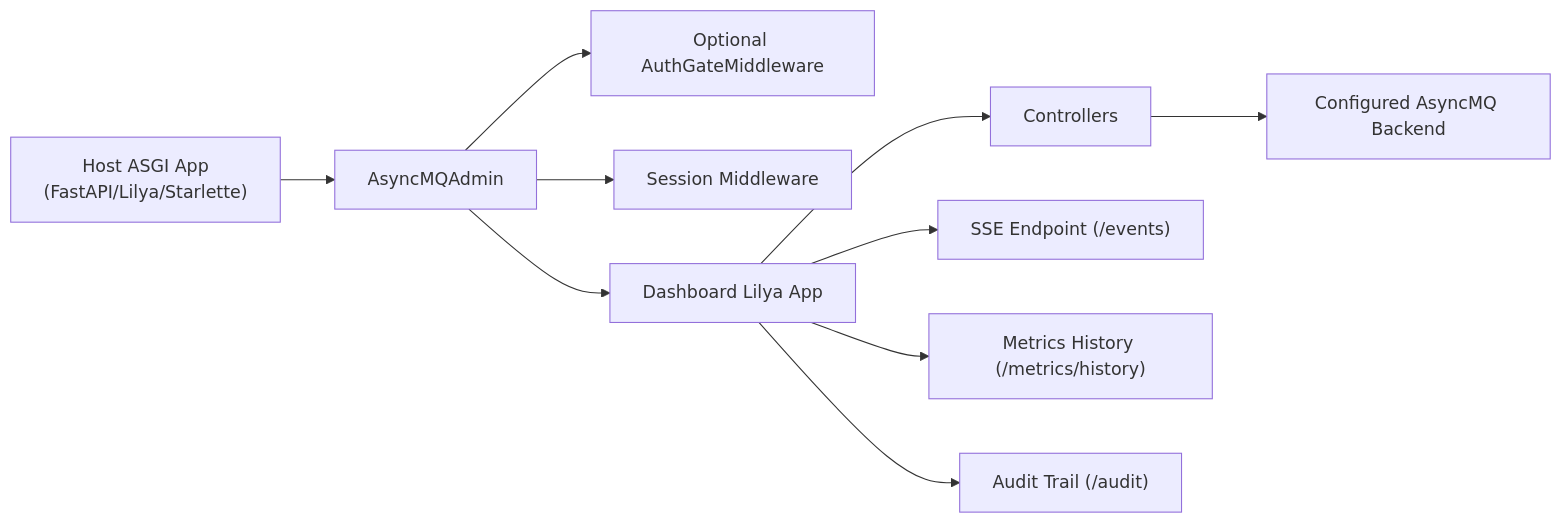
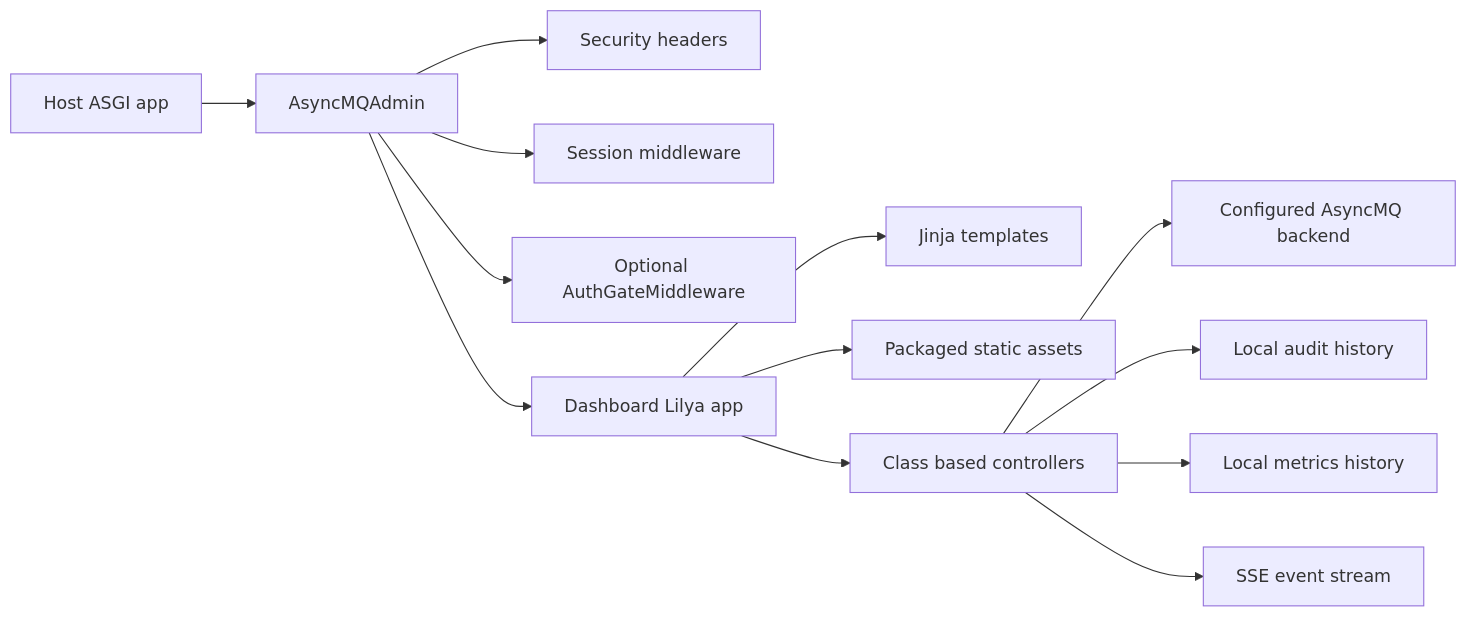
The diagram in docs/en/docs/dashboard/dashboard.md (dymmond/asyncmq), drawn with Mermaid before and after one commit. The commit also changed other lines of this file and 11 other files, not shown here.

````diff
--- a/docs/en/docs/dashboard/dashboard.md
+++ b/docs/en/docs/dashboard/dashboard.md
@@ -24,12 +27,15 @@
 ```mermaid
 flowchart LR
-    A["Host ASGI App\n(FastAPI/Lilya/Starlette)"] --> B["AsyncMQAdmin"]
-    B --> C["Optional AuthGateMiddleware"]
-    B --> D["Session Middleware"]
-    B --> E["Dashboard Lilya App"]
-    E --> F["Controllers"]
-    F --> G["Configured AsyncMQ Backend"]
-    E --> H["SSE Endpoint (/events)"]
-    E --> I["Metrics History (/metrics/history)"]
-    E --> J["Audit Trail (/audit)"]
+    Host["Host ASGI app"] --> Admin["AsyncMQAdmin"]
+    Admin --> Security["Security headers"]
+    Admin --> Session["Session middleware"]
+    Admin --> Auth["Optional AuthGateMiddleware"]
+    Admin --> App["Dashboard Lilya app"]
+    App --> Templates["Jinja templates"]
+    App --> Static["Packaged static assets"]
+    App --> Controllers["Class based controllers"]
+    Controllers --> Backend["Configured AsyncMQ backend"]
+    Controllers --> Audit["Local audit history"]
+    Controllers --> Metrics["Local metrics history"]
+    Controllers --> Events["SSE event stream"]
 ```
````
